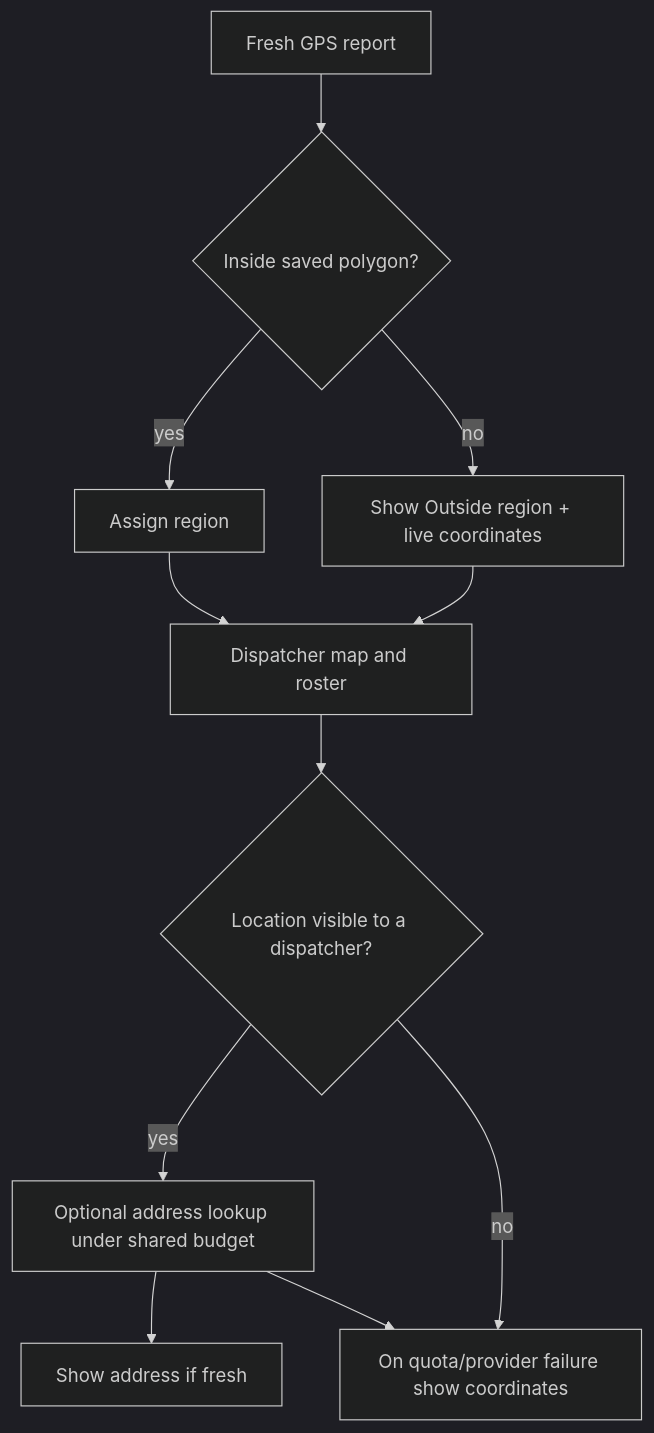
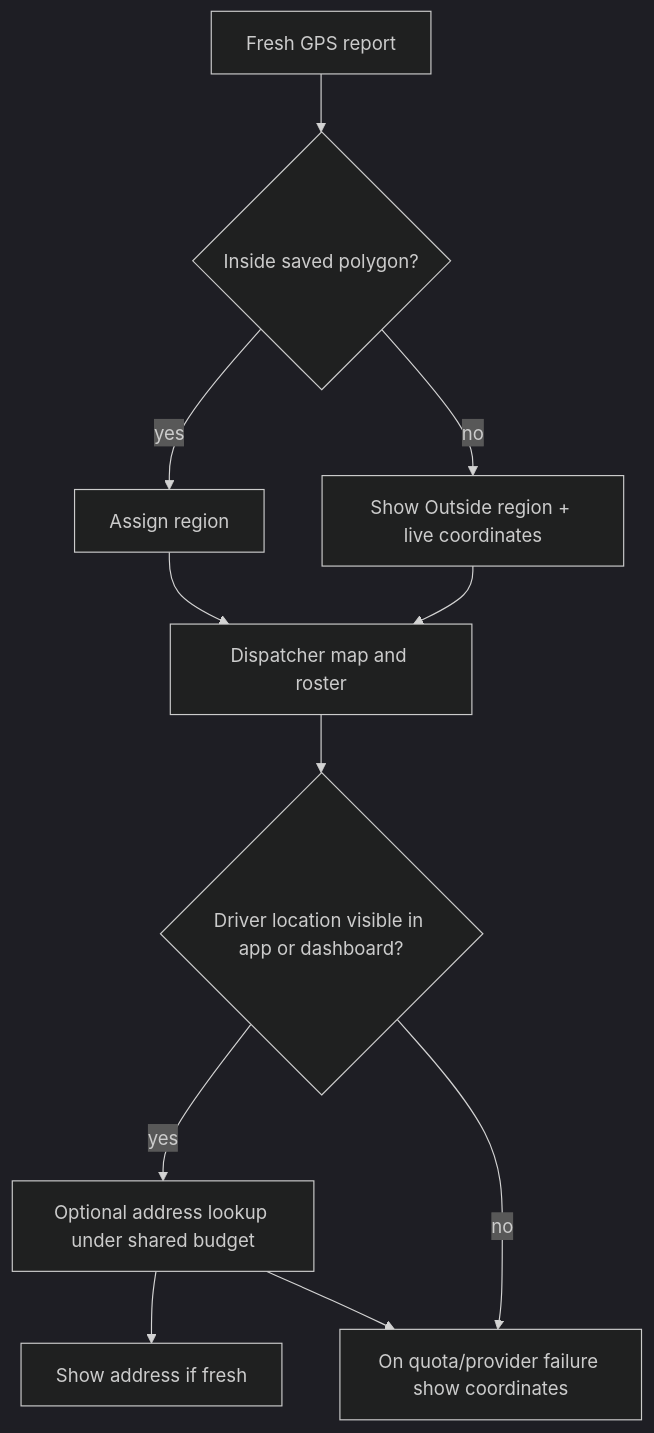
One commit to bagtyyarkovusov/tayyn-hyzmat-project changed the sixth of 7 diagrams in docs/guide/flows.en.md. Above: the diagram before and after it, drawn with Mermaid (dark theme). The commit also changed other lines of this file and 13 other files, not shown here.

````diff
--- a/docs/guide/flows.en.md
+++ b/docs/guide/flows.en.md
@@ -105,13 +114,13 @@
 ```mermaid
 flowchart TD
   G[Fresh GPS report] --> R{Inside saved polygon?}
   R -- yes --> RI[Assign region]
   R -- no --> RO[Show Outside region + live coordinates]
   RI --> M[Dispatcher map and roster]
   RO --> M
-  M --> V{Location visible to a dispatcher?}
+  M --> V{Driver location visible in app or dashboard?}
   V -- yes --> L[Optional address lookup under shared budget]
   V -- no --> C[Keep GPS only]
   L --> A[Show address if fresh]
   L --> C[On quota/provider failure show coordinates]
 ```
````
